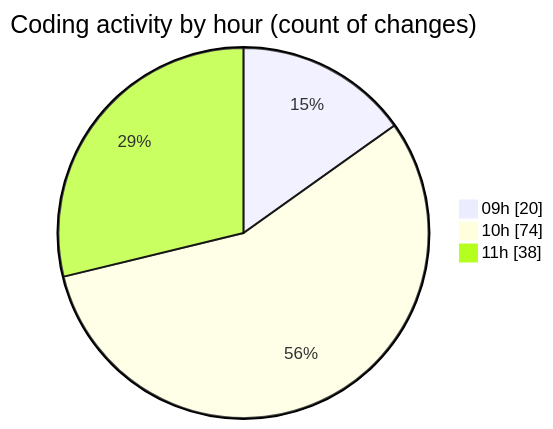
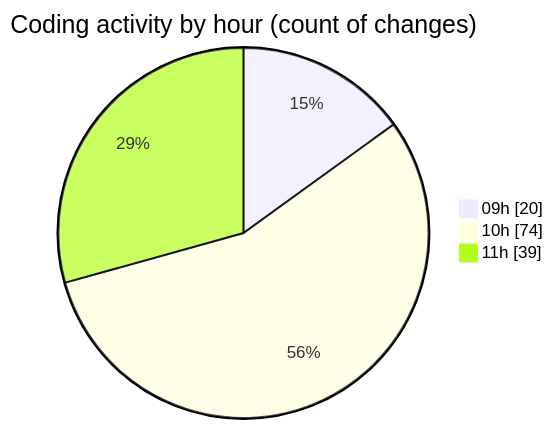
Before and after one commit to CELIANVF/code-tracking: the second of 2 diagrams in 2025-06-06/ecodeli-1/README.md, drawn with Mermaid. The commit also changed other lines of this file and 1 other file, not shown here.

````diff
--- a/2025-06-06/ecodeli-1/README.md
+++ b/2025-06-06/ecodeli-1/README.md
@@ -71,7 +73,7 @@
 ```mermaid
 pie showData
 title Coding activity by hour (count of changes)
 "09h" : 20
 "10h" : 74
-"11h" : 38
+"11h" : 39
 ```
````
